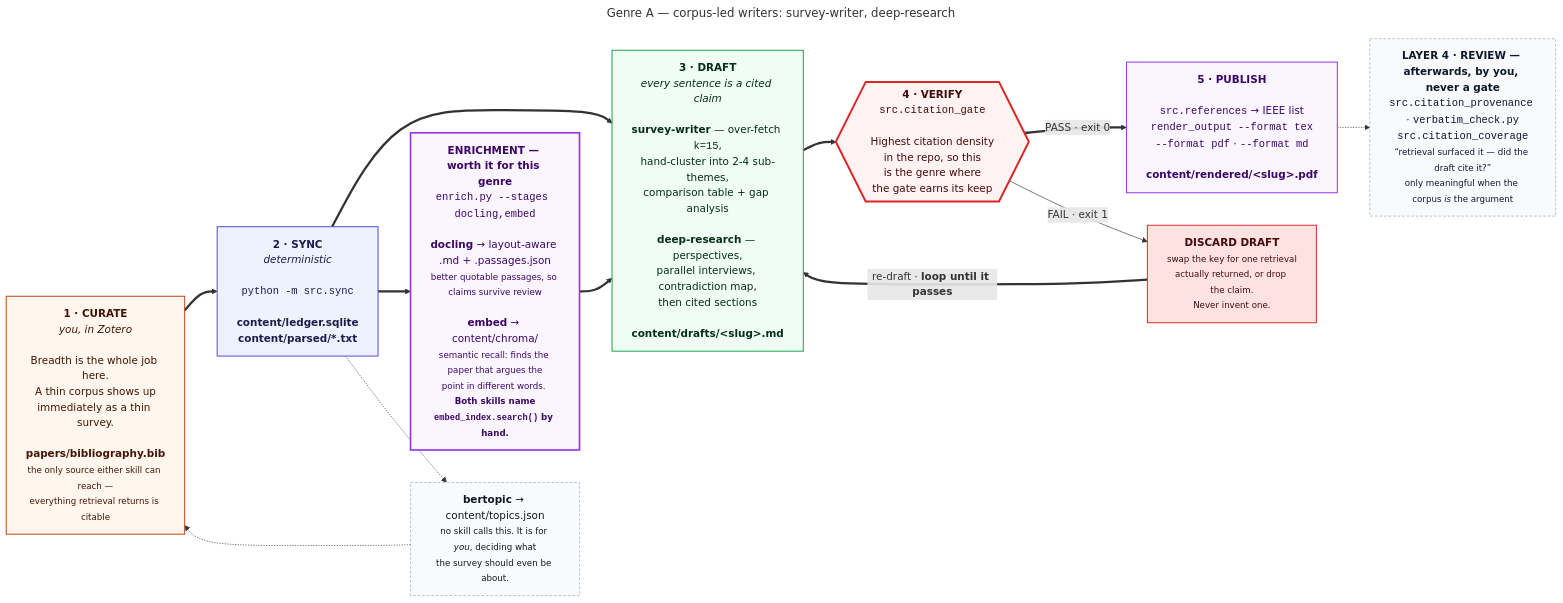
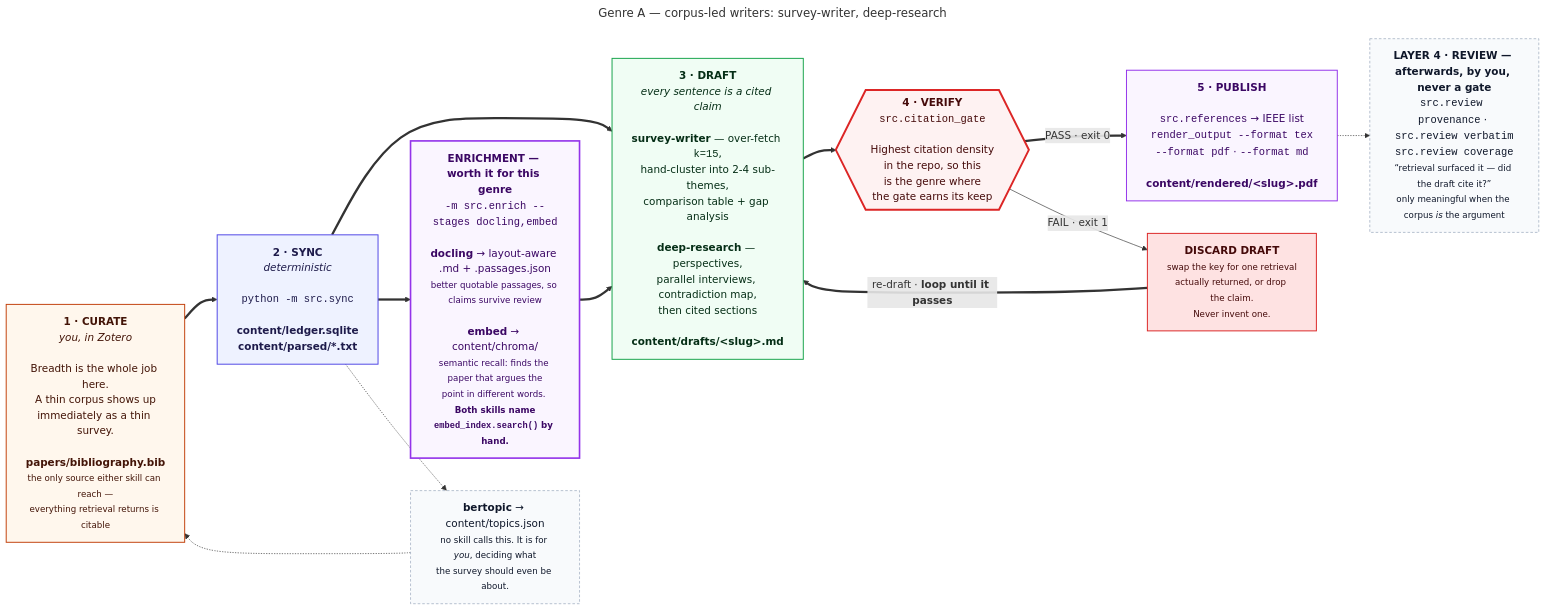
Before and after one commit to prasadtalasila/chitragupta: the diagram in docs/diagrams/g1-corpus-led.mmd, drawn with Mermaid. The commit also changed 72 other files, not shown here.

First line of the commit message:
Give every layer one entry point, one level deep (#123, #141)

```diff
--- a/docs/diagrams/g1-corpus-led.mmd
+++ b/docs/diagrams/g1-corpus-led.mmd
@@ -1,48 +1,48 @@
 ---
 title: "Genre A — corpus-led writers: survey-writer, deep-research"
 ---
 flowchart LR
 
   P0["<b>1 · CURATE</b><br/><i>you, in Zotero</i><br/><br/>Breadth is the whole job here.<br/>A thin corpus shows up<br/>immediately as a thin survey.<br/><br/><b>papers/bibliography.bib</b><br/><small>the only source either skill can reach —<br/>everything retrieval returns is citable</small>"]
 
   P1["<b>2 · SYNC</b><br/><i>deterministic</i><br/><br/><code>python -m src.sync</code><br/><br/><b>content/ledger.sqlite</b><br/><b>content/parsed/*.txt</b>"]
 
-  HEAVY["<b>ENRICHMENT — worth it for this genre</b><br/><code>enrich.py --stages docling,embed</code><br/><br/><b>docling</b> → layout-aware .md + .passages.json<br/><small>better quotable passages, so claims survive review</small><br/><br/><b>embed</b> → content/chroma/<br/><small>semantic recall: finds the paper that argues the<br/>point in different words. <b>Both skills name<br/><code>embed_index.search()</code> by hand.</b></small>"]
+  HEAVY["<b>ENRICHMENT — worth it for this genre</b><br/><code>-m src.enrich --stages docling,embed</code><br/><br/><b>docling</b> → layout-aware .md + .passages.json<br/><small>better quotable passages, so claims survive review</small><br/><br/><b>embed</b> → content/chroma/<br/><small>semantic recall: finds the paper that argues the<br/>point in different words. <b>Both skills name<br/><code>embed_index.search()</code> by hand.</b></small>"]
 
   P2["<b>3 · DRAFT</b><br/><i>every sentence is a cited claim</i><br/><br/><b>survey-writer</b> — over-fetch <code>k=15</code>,<br/>hand-cluster into 2-4 sub-themes,<br/>comparison table + gap analysis<br/><br/><b>deep-research</b> — perspectives,<br/>parallel interviews, contradiction map,<br/>then cited sections<br/><br/><b>content/drafts/&lt;slug&gt;.md</b>"]
 
   P3{{"<b>4 · VERIFY</b><br/><code>src.citation_gate</code><br/><br/>Highest citation density<br/>in the repo, so this<br/>is the genre where<br/>the gate earns its keep"}}
 
   FIX["<b>DISCARD DRAFT</b><br/><small>swap the key for one retrieval<br/>actually returned, or drop the claim.<br/>Never invent one.</small>"]
 
   P4["<b>5 · PUBLISH</b><br/><br/><code>src.references</code> → IEEE list<br/><code>render_output --format tex</code><br/><code>--format pdf</code> · <code>--format md</code><br/><br/><b>content/rendered/&lt;slug&gt;.pdf</b>"]
 
-  AID["<b>LAYER 4 · REVIEW — afterwards, by you, never a gate</b><br/><code>src.citation_provenance</code> · <code>verbatim_check.py</code><br/><code>src.citation_coverage</code><br/><small>“retrieval surfaced it — did the draft cite it?”<br/>only meaningful when the corpus <i>is</i> the argument</small>"]
+  AID["<b>LAYER 4 · REVIEW — afterwards, by you, never a gate</b><br/><code>src.review provenance</code> · <code>src.review verbatim</code><br/><code>src.review coverage</code><br/><small>“retrieval surfaced it — did the draft cite it?”<br/>only meaningful when the corpus <i>is</i> the argument</small>"]
 
   BERT["<b>bertopic</b> → content/topics.json<br/><small>no skill calls this. It is for <i>you</i>, deciding what<br/>the survey should even be about.</small>"]
 
   P0 ==> P1 ==> P2 ==> P3
   P1 ==> HEAVY ==> P2
   P3 == "PASS · exit 0" ==> P4
   P3 -- "FAIL · exit 1" --> FIX
   FIX == "re-draft · <b>loop until it passes</b>" ==> P2
   P4 -.-> AID
   P1 -.-> BERT -.-> P0
 
   classDef you fill:#fff7ed,stroke:#c2410c,stroke-width:1.5px,color:#431407
   classDef det fill:#eef2ff,stroke:#4f46e5,stroke-width:1.5px,color:#1e1b4b
   classDef gen fill:#f0fdf4,stroke:#16a34a,stroke-width:1.5px,color:#052e16
   classDef gate fill:#fef2f2,stroke:#dc2626,stroke-width:3px,color:#450a0a
   classDef out fill:#faf5ff,stroke:#9333ea,stroke-width:1.5px,color:#3b0764
   classDef bad fill:#fee2e2,stroke:#dc2626,stroke-width:1.5px,color:#450a0a
   classDef heavy fill:#faf5ff,stroke:#9333ea,stroke-width:2.5px,color:#3b0764
   classDef aid fill:#f8fafc,stroke:#94a3b8,stroke-dasharray:4 3,color:#0f172a
 
   class P0 you
   class P1 det
   class P2 gen
   class P3 gate
   class P4 out
   class FIX bad
   class HEAVY heavy
   class AID,BERT aid
```
